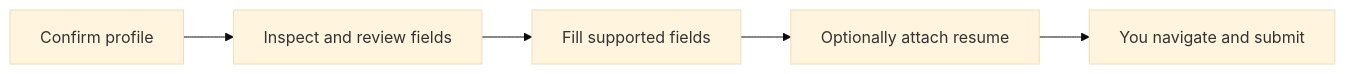
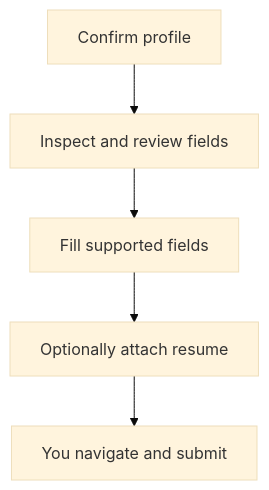
One commit to mayanknandgowle/auto-apply changed the first of 2 diagrams in README.md. Above: the diagram before and after it, drawn with Mermaid (base theme).

Commit message:
Improve workflow diagram readability

````diff
--- a/README.md
+++ b/README.md
@@ -33,7 +33,7 @@
 ```mermaid
-flowchart LR
+flowchart TD
     A["Confirm profile"] --> B["Inspect and review fields"]
     B --> C["Fill supported fields"]
     C --> D["Optionally attach resume"]
     D --> E["You navigate and submit"]
 ```
````
